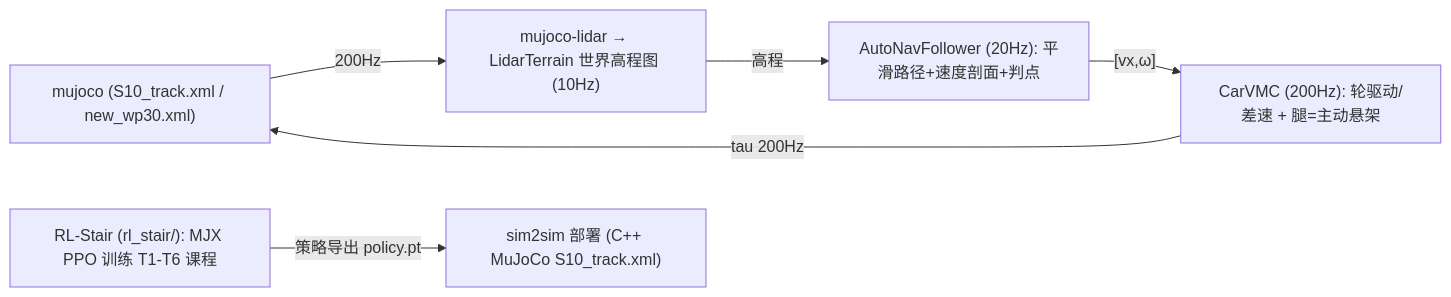
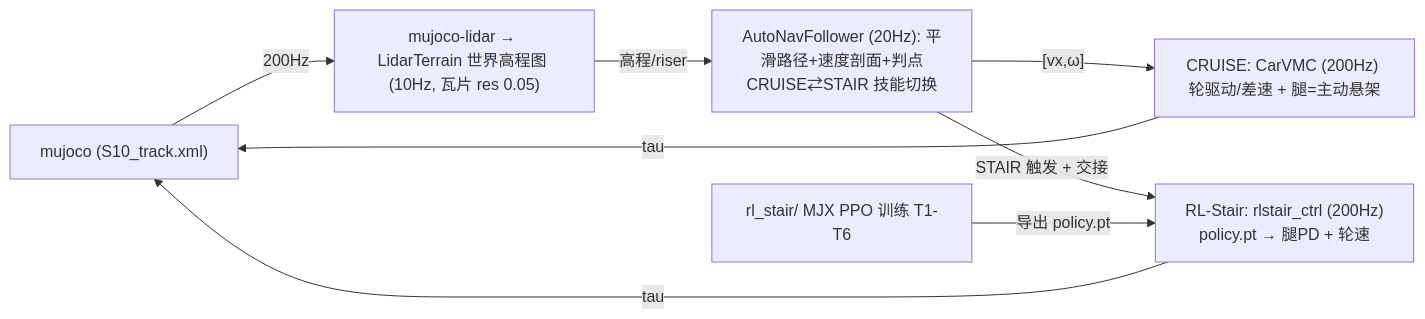
Before and after one commit to wangfanxin/deeprobot_competition: the diagram in README.md, drawn with Mermaid. The commit also changed other lines of this file, not shown here.

First line of the commit message:
docs(readme): refresh to 2026-08-16 state - CarVMC cruise + RL-Stair dual skills, real-mesh crawl correction

````diff
--- a/README.md
+++ b/README.md
@@ -24,8 +25,10 @@
 ```mermaid
 graph LR
-    S["mujoco (S10_track.xml / new_wp30.xml)"] -->|"200Hz"| P["mujoco-lidar → LidarTerrain 世界高程图 (10Hz)"]
-    P -->|"高程"| N["AutoNavFollower (20Hz): 平滑路径+速度剖面+判点"]
-    N -->|"[vx,ω]"| C["CarVMC (200Hz): 轮驱动/差速 + 腿=主动悬架"]
-    C -->|"tau 200Hz"| S
-    T["RL-Stair (rl_stair/): MJX PPO 训练 T1-T6 课程"] -->|"策略导出 policy.pt"| D["sim2sim 部署 (C++ MuJoCo S10_track.xml)"]
+    S["mujoco (S10_track.xml)"] -->|"200Hz"| P["mujoco-lidar → LidarTerrain 世界高程图 (10Hz, 瓦片 res 0.05)"]
+    P -->|"高程/riser"| N["AutoNavFollower (20Hz): 平滑路径+速度剖面+判点<br/>CRUISE⇄STAIR 技能切换"]
+    N -->|"[vx,ω]"| C["CRUISE: CarVMC (200Hz) 轮驱动/差速 + 腿=主动悬架"]
+    N -->|"STAIR 触发 + 交接"| R["RL-Stair: rlstair_ctrl (200Hz)<br/>policy.pt → 腿PD + 轮速"]
+    T["rl_stair/ MJX PPO 训练 T1-T6"] -->|"导出 policy.pt"| R
+    C -->|"tau"| S
+    R -->|"tau"| S
 ```
````
